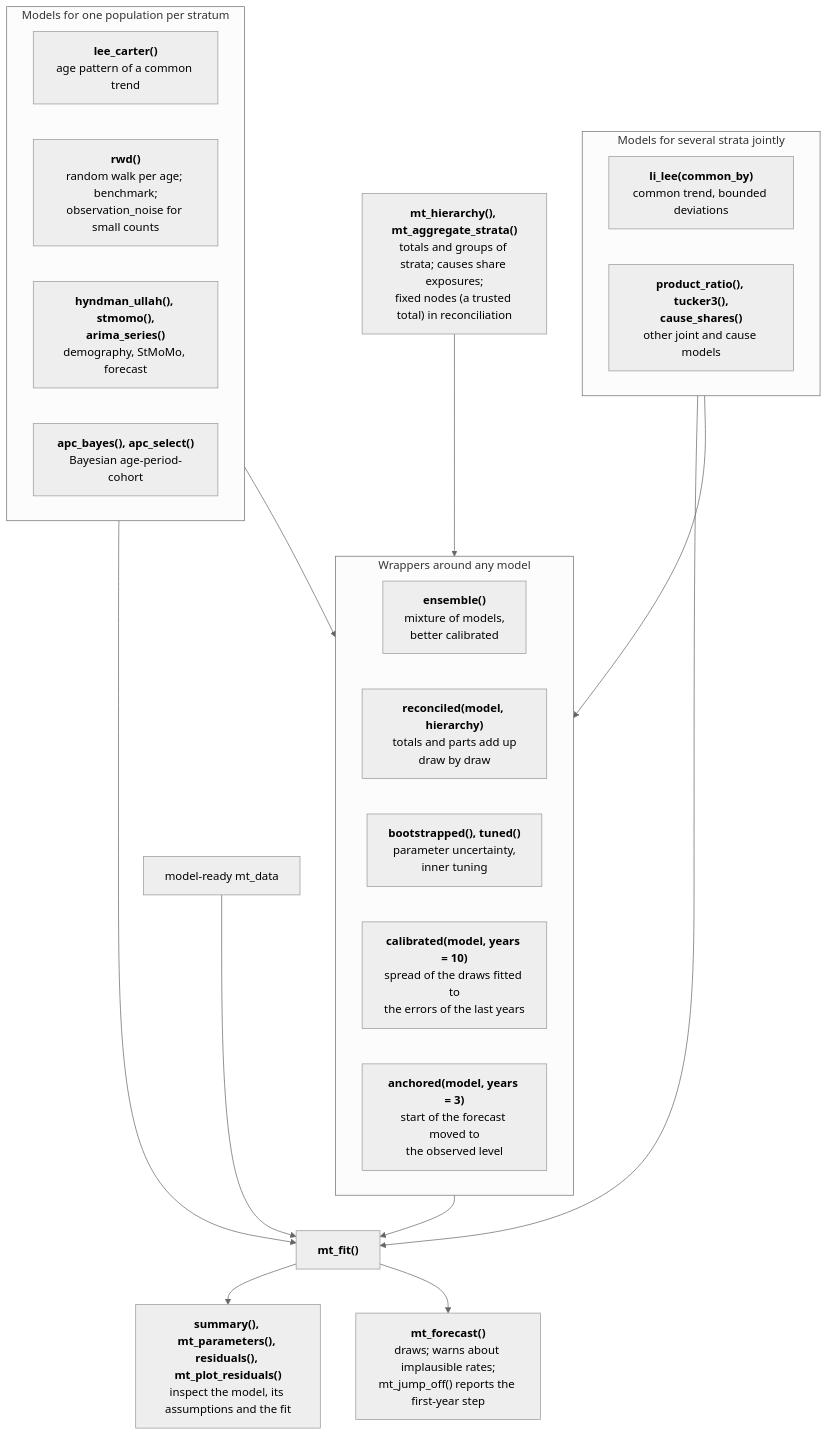
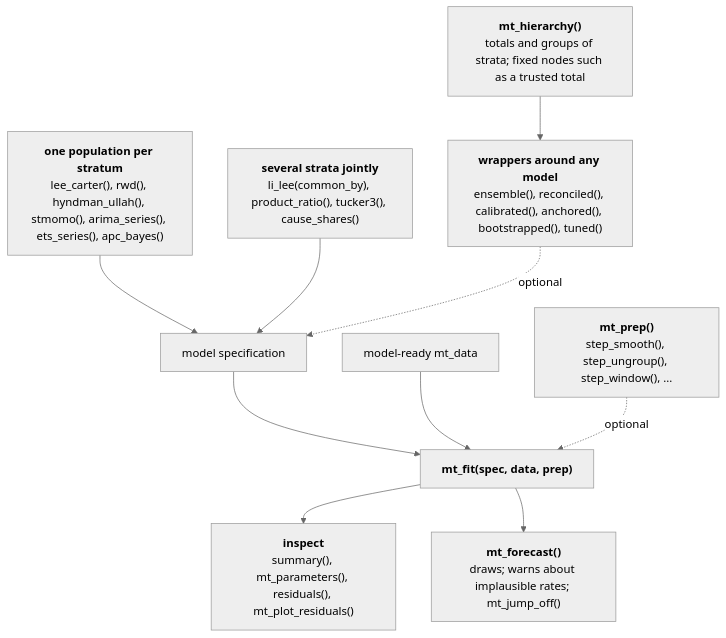
Before and after one commit to kalleEF/mortensor: the third of 5 diagrams in vignettes/articles/function-map.Rmd, drawn with Mermaid (neutral theme). The commit also changed other lines of this file and 4 other files, not shown here.

First line of the commit message:
Function map: readable diagrams on the website

````diff
--- a/vignettes/articles/function-map.Rmd
+++ b/vignettes/articles/function-map.Rmd
@@ -109,61 +86,29 @@
 ```mermaid
 flowchart TD
+  ONE["`**one population per stratum**
+  lee_carter(), rwd(), hyndman_ullah(), stmomo(), arima_series(), ets_series(), apc_bayes()`"]
+  MANY["`**several strata jointly**
+  li_lee(common_by), product_ratio(), tucker3(), cause_shares()`"]
+  H["`**mt_hierarchy()**
+  totals and groups of strata; fixed nodes such as a trusted total`"]
+  WRAP["`**wrappers around any model**
+  ensemble(), reconciled(), calibrated(), anchored(), bootstrapped(), tuned()`"]
+  SPEC["model specification"]
   M["model-ready mt_data"]
-  subgraph ONE["Models for one population per stratum"]
-    direction LR
-    S1["`**lee_carter()**
-    age pattern of a common trend`"]
-    S2["`**rwd()**
-    random walk per age; benchmark;
-    observation_noise for small counts`"]
-    S3["`**hyndman_ullah(), stmomo(),
-    arima_series()**
-    demography, StMoMo, forecast`"]
-    S4["`**apc_bayes(), apc_select()**
-    Bayesian age-period-cohort`"]
-  end
-  subgraph MANY["Models for several strata jointly"]
-    direction LR
-    J1["`**li_lee(common_by)**
-    common trend, bounded deviations`"]
-    J2["`**product_ratio(), tucker3(),
-    cause_shares()**
-    other joint and cause models`"]
-  end
-  subgraph WRAP["Wrappers around any model"]
-    direction LR
-    W1["`**ensemble()**
-    mixture of models,
-    better calibrated`"]
-    W2["`**reconciled(model, hierarchy)**
-    totals and parts add up
-    draw by draw`"]
-    W3["`**bootstrapped(), tuned()**
-    parameter uncertainty,
-    inner tuning`"]
-    W4["`**calibrated(model, years = 10)**
-    spread of the draws fitted to
-    the errors of the last years`"]
-    W5["`**anchored(model, years = 3)**
-    start of the forecast moved to
-    the observed level`"]
-  end
-  H["`**mt_hierarchy(), mt_aggregate_strata()**
-  totals and groups of strata; causes share exposures;
-  fixed nodes (a trusted total) in reconciliation`"]
-  FIT["`**mt_fit()**`"]
-  INS["`**summary(), mt_parameters(), residuals(), mt_plot_residuals()**
-  inspect the model, its assumptions and the fit`"]
+  PREP["`**mt_prep()**
+  step_smooth(), step_ungroup(), step_window(), ...`"]
+  FIT["`**mt_fit(spec, data, prep)**`"]
+  INS["`**inspect**
+  summary(), mt_parameters(), residuals(), mt_plot_residuals()`"]
   FC["`**mt_forecast()**
-  draws; warns about implausible rates;
-  mt_jump_off() reports the first-year step`"]
+  draws; warns about implausible rates; mt_jump_off()`"]
+  ONE --> SPEC
+  MANY --> SPEC
+  H --> WRAP
+  WRAP -. "optional" .-> SPEC
+  SPEC --> FIT
   M --> FIT
-  H --> W2
-  ONE --> WRAP
-  MANY --> WRAP
-  ONE --> FIT
-  MANY --> FIT
-  WRAP --> FIT
+  PREP -. "optional" .-> FIT
   FIT --> INS
   FIT --> FC
 ```
````
